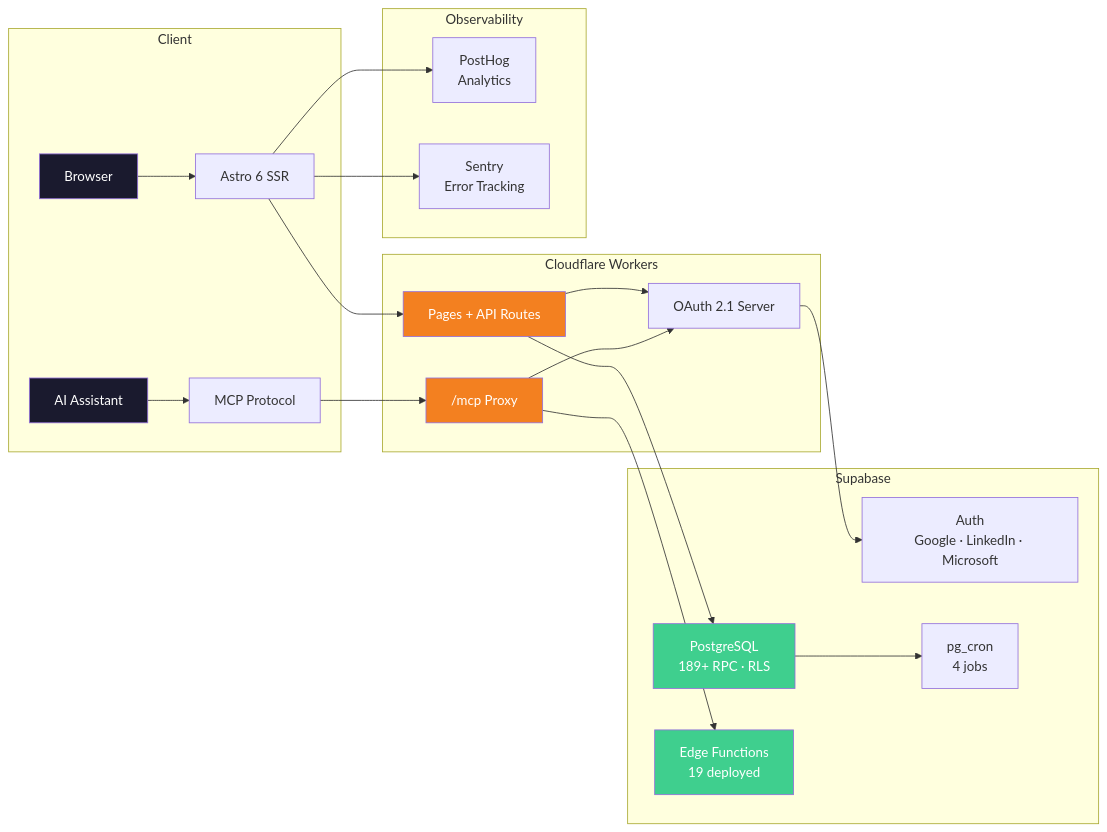
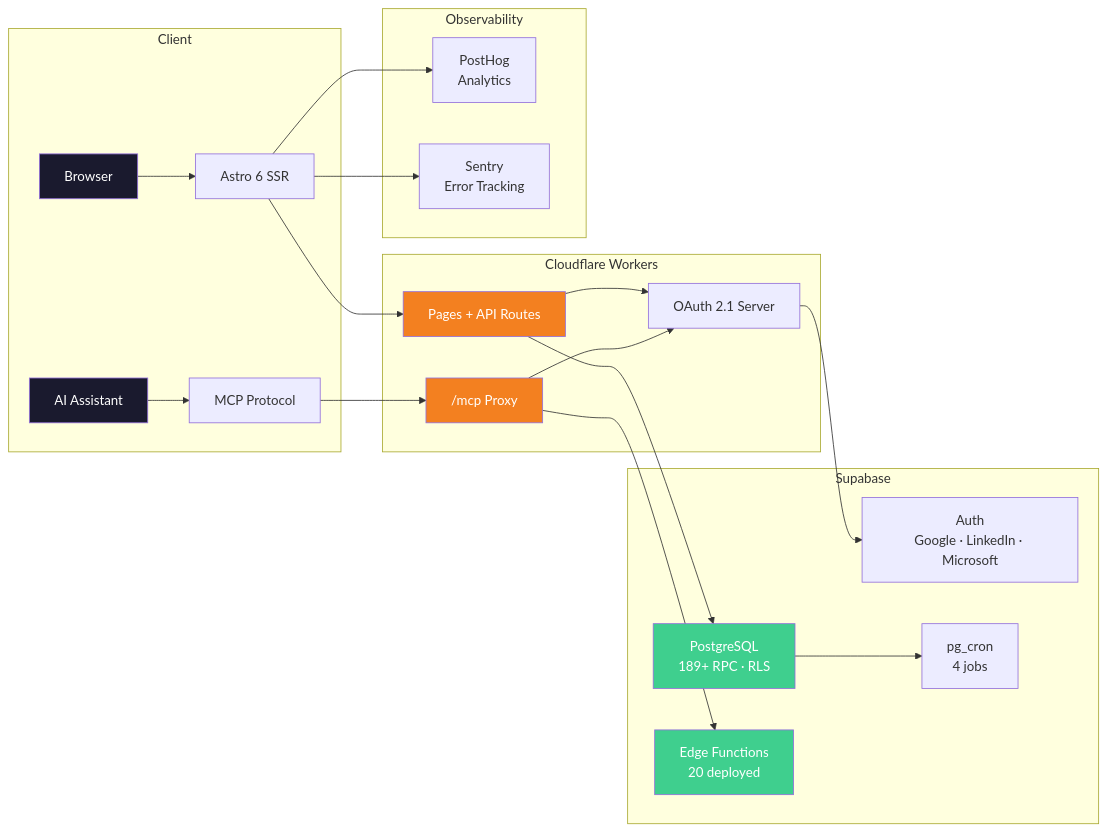
Before and after one commit to VitorMRodovalho/ai-pm-research-hub: the first of 2 diagrams in README.md, drawn with Mermaid. The commit also changed other lines of this file and 10 other files, not shown here.

````diff
--- a/README.md
+++ b/README.md
@@ -67,33 +67,33 @@
 ```mermaid
 graph LR
     subgraph Client
         A[Browser] --> B[Astro 6 SSR]
         C[AI Assistant] --> D[MCP Protocol]
     end
 
     subgraph "Cloudflare Workers"
         B --> E[Pages + API Routes]
         D --> F["/mcp Proxy"]
         E --> G[OAuth 2.1 Server]
         F --> G
     end
 
     subgraph "Supabase"
         G --> H[Auth<br/>Google · LinkedIn · Microsoft]
         E --> I[PostgreSQL<br/>189+ RPC · RLS]
-        F --> J[Edge Functions<br/>19 deployed]
+        F --> J[Edge Functions<br/>20 deployed]
         I --> K[pg_cron<br/>4 jobs]
     end
 
     subgraph "Observability"
         B --> L[PostHog<br/>Analytics]
         B --> M[Sentry<br/>Error Tracking]
     end
 
     style A fill:#1a1a2e,color:#fff
     style C fill:#1a1a2e,color:#fff
     style E fill:#F38020,color:#fff
     style F fill:#F38020,color:#fff
     style I fill:#3FCF8E,color:#fff
     style J fill:#3FCF8E,color:#fff
 ```
````
